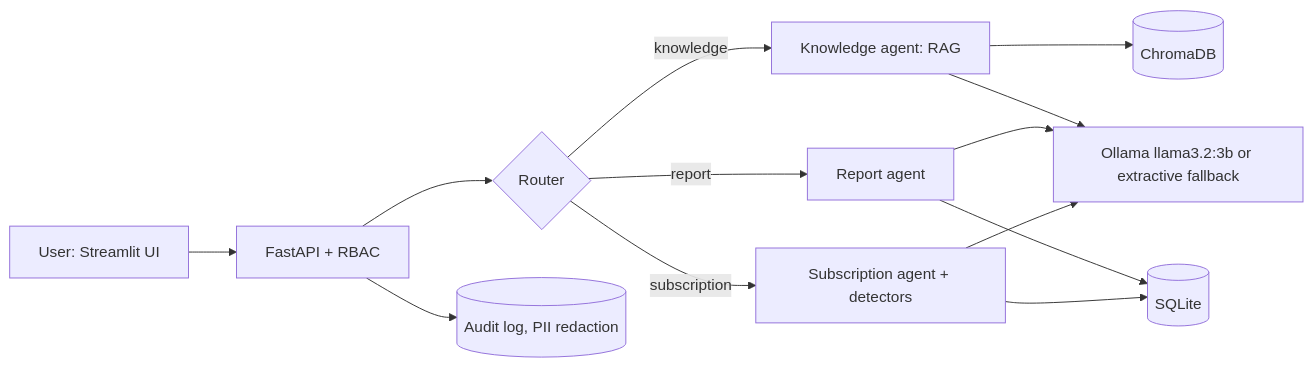
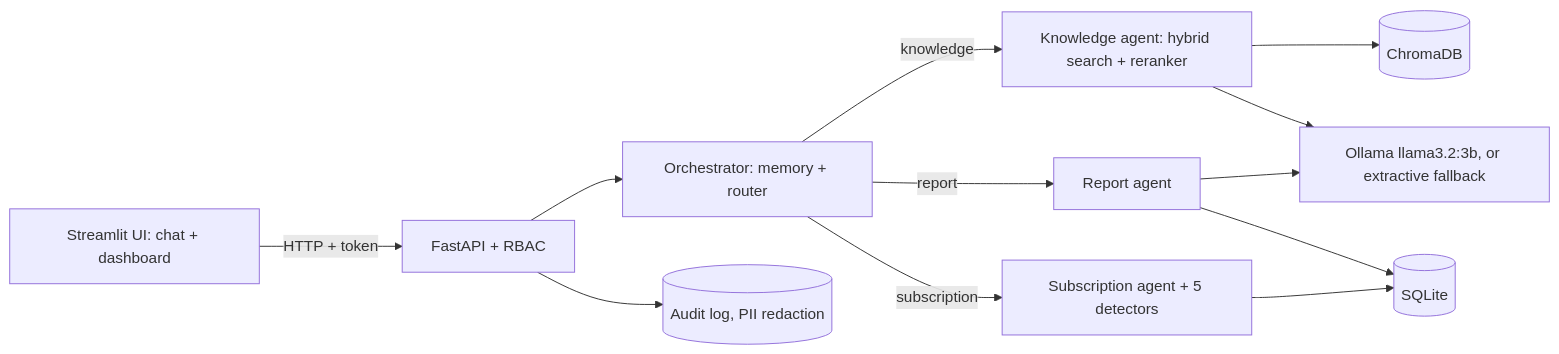
Before and after one commit to NANTHIESH/NexoraAI: the diagram in README.md, drawn with Mermaid. The commit also changed other lines of this file and 14 other files, not shown here.

````diff
--- a/README.md
+++ b/README.md
@@ -26,13 +31,13 @@
 ```mermaid
 flowchart LR
-  U[User: Streamlit UI] --> API[FastAPI + RBAC]
-  API --> R{Router}
-  R -->|knowledge| K[Knowledge agent: RAG]
-  R -->|report| P[Report agent]
-  R -->|subscription| S[Subscription agent + detectors]
+  UI[Streamlit UI: chat + dashboard] -->|HTTP + token| API[FastAPI + RBAC]
+  API --> ORCH[Orchestrator: memory + router]
+  ORCH -->|knowledge| K[Knowledge agent: hybrid search + reranker]
+  ORCH -->|report| R[Report agent]
+  ORCH -->|subscription| S[Subscription agent + 5 detectors]
   K --> V[(ChromaDB)]
-  P --> D[(SQLite)]
+  R --> D[(SQLite)]
   S --> D
-  K & P & S --> L[Ollama llama3.2:3b or extractive fallback]
+  K & R --> L[Ollama llama3.2:3b, or extractive fallback]
   API --> A[(Audit log, PII redaction)]
 ```
````
